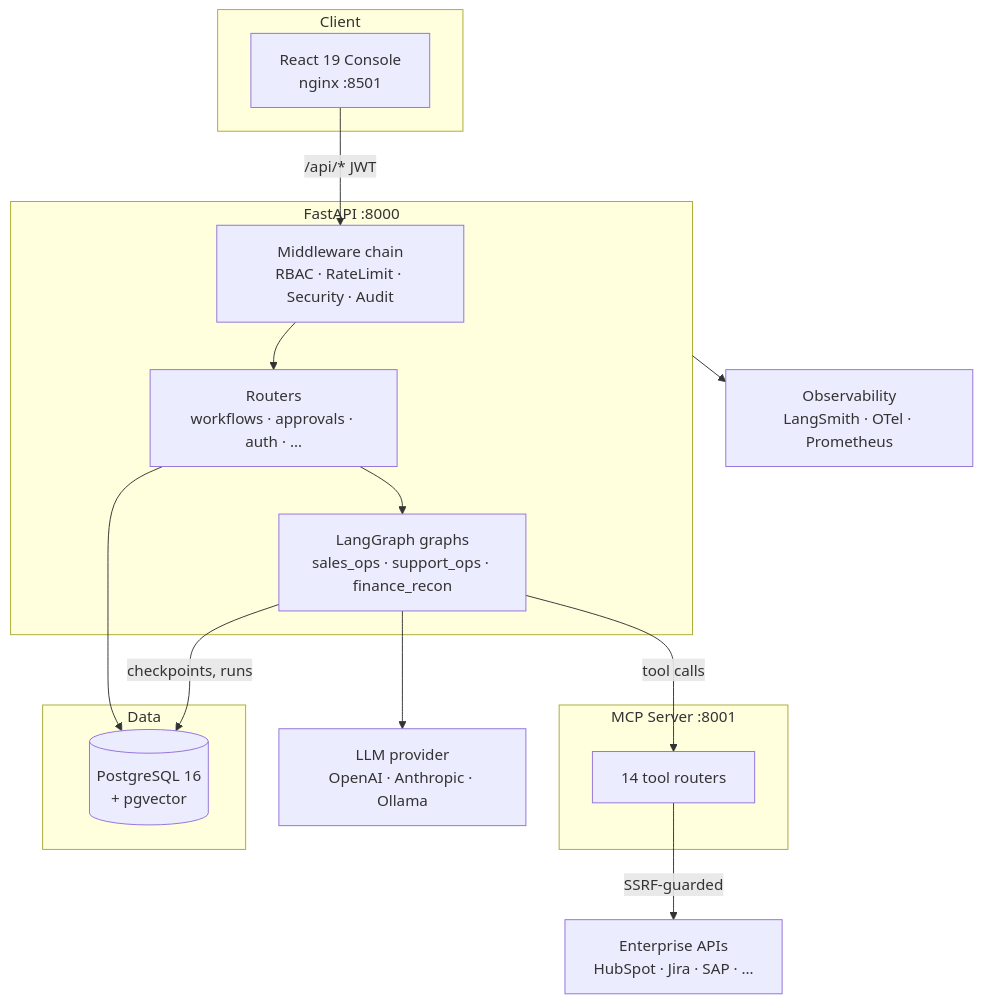
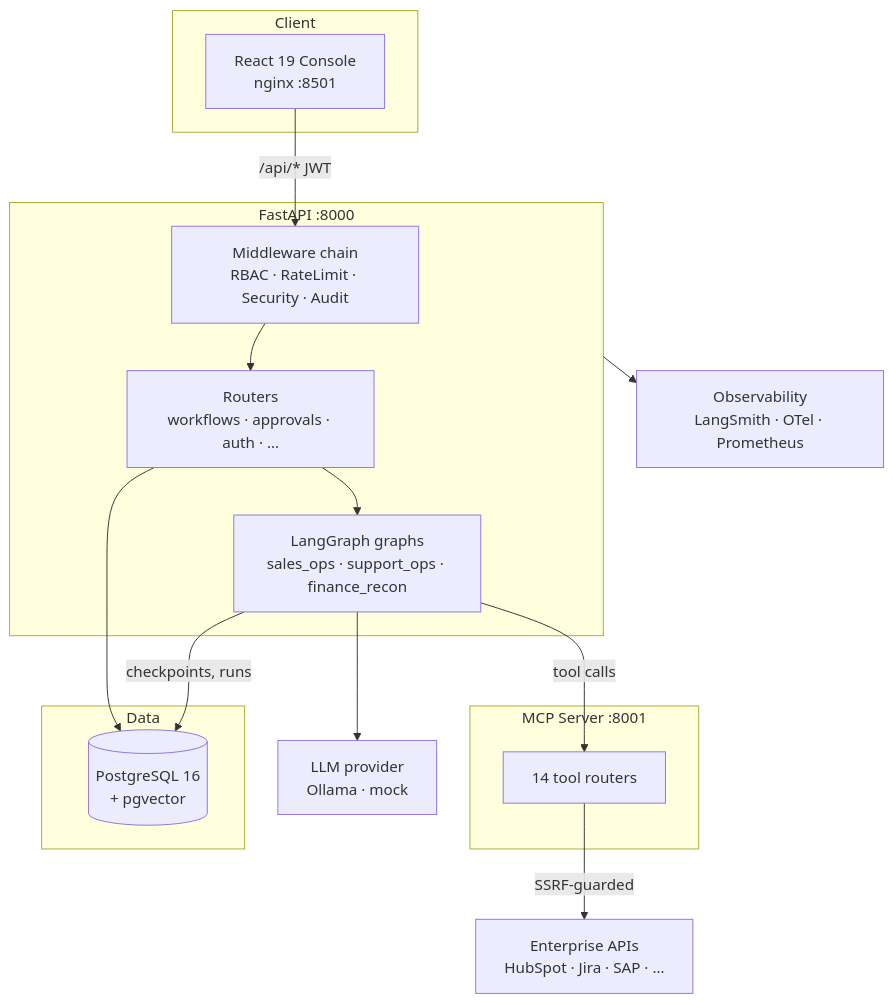
The first of 6 diagrams in docs/architecture.md (fanfanfan333/forgeflow), drawn with Mermaid before and after one commit. The commit also changed 261 other files, not shown here.

````diff
--- a/docs/architecture.md
+++ b/docs/architecture.md
@@ -10,28 +10,28 @@
 ```mermaid
 flowchart TB
     subgraph Client
         UI[React 19 Console<br/>nginx :8501]
     end
     subgraph API[FastAPI :8000]
         MW[Middleware chain<br/>RBAC · RateLimit · Security · Audit]
         RT[Routers<br/>workflows · approvals · auth · …]
         GR[LangGraph graphs<br/>sales_ops · support_ops · finance_recon]
     end
     subgraph Tools[MCP Server :8001]
         TR[14 tool routers]
     end
     subgraph Data
         PG[(PostgreSQL 16<br/>+ pgvector)]
     end
     EXT[Enterprise APIs<br/>HubSpot · Jira · SAP · …]
-    LLM[LLM provider<br/>OpenAI · Anthropic · Ollama]
+    LLM[LLM provider<br/>Ollama · mock]
     OBS[Observability<br/>LangSmith · OTel · Prometheus]
 
     UI -->|/api/* JWT| MW --> RT --> GR
     GR -->|checkpoints, runs| PG
     GR -->|tool calls| TR
     TR -->|SSRF-guarded| EXT
     GR --> LLM
     RT --> PG
     API --> OBS
 ```
````
